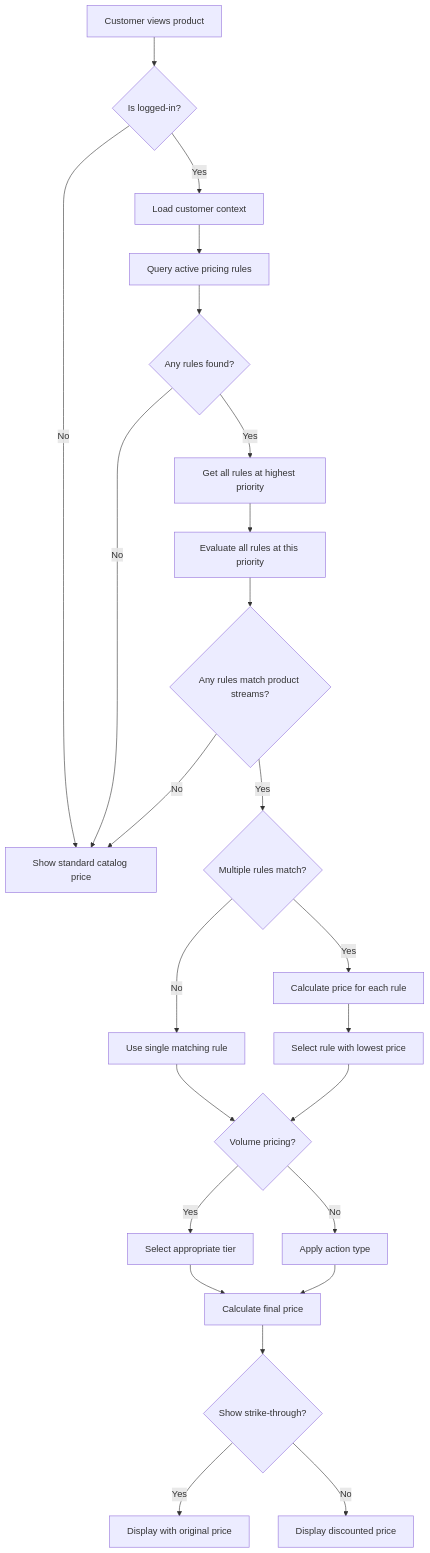
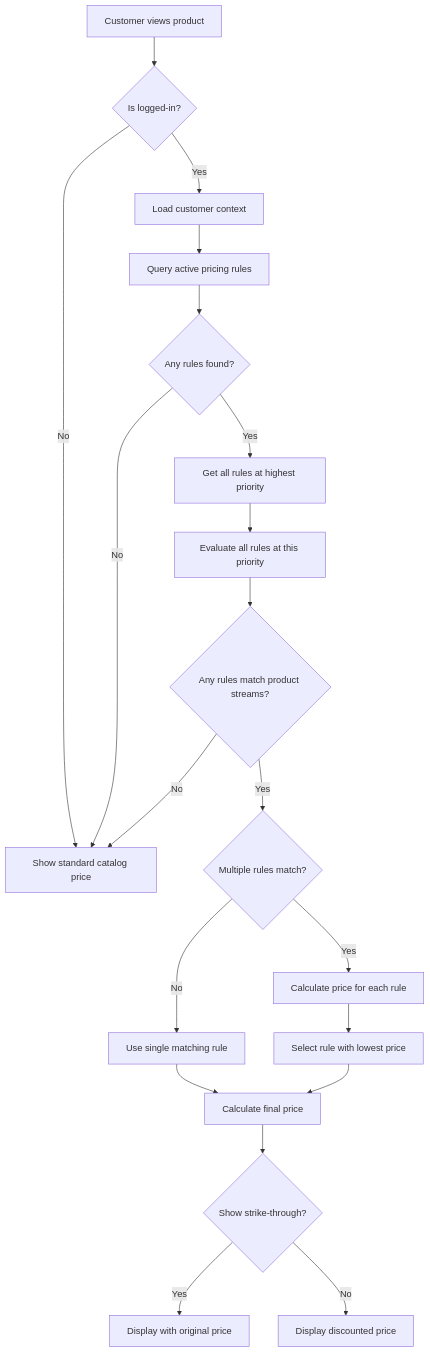
The second of 2 diagrams in products/extensions/b2b-components/individual-pricing/concepts/entities-and-workflow.md (shopware/docs), drawn with Mermaid before and after one commit.

Commit message:
chore: Individual Pricing documentation

````diff
--- a/products/extensions/b2b-components/individual-pricing/concepts/entities-and-workflow.md
+++ b/products/extensions/b2b-components/individual-pricing/concepts/entities-and-workflow.md
@@ -149,26 +149,22 @@
 ```mermaid
 flowchart TD
  A[Customer views product] --> B{Is logged-in?}
  B -->|No| C[Show standard catalog price]
  B -->|Yes| D[Load customer context]
  D --> E[Query active pricing rules]
  E --> F{Any rules found?}
  F -->|No| C
  F -->|Yes| G[Get all rules at highest priority]
  G --> H[Evaluate all rules at this priority]
  H --> I{Any rules match product streams?}
  I -->|No| C
  I -->|Yes| J{Multiple rules match?}
  J -->|No| K[Use single matching rule]
  J -->|Yes| L[Calculate price for each rule]
  L --> M[Select rule with lowest price]
- K --> N{Volume pricing?}
- M --> N
- N -->|Yes| O[Select appropriate tier]
- N -->|No| P[Apply action type]
- O --> Q[Calculate final price]
- P --> Q
+ K --> Q[Calculate final price]
+ M --> Q
  Q --> R{Show strike-through?}
  R -->|Yes| S[Display with original price]
  R -->|No| T[Display discounted price]
 ```
````
